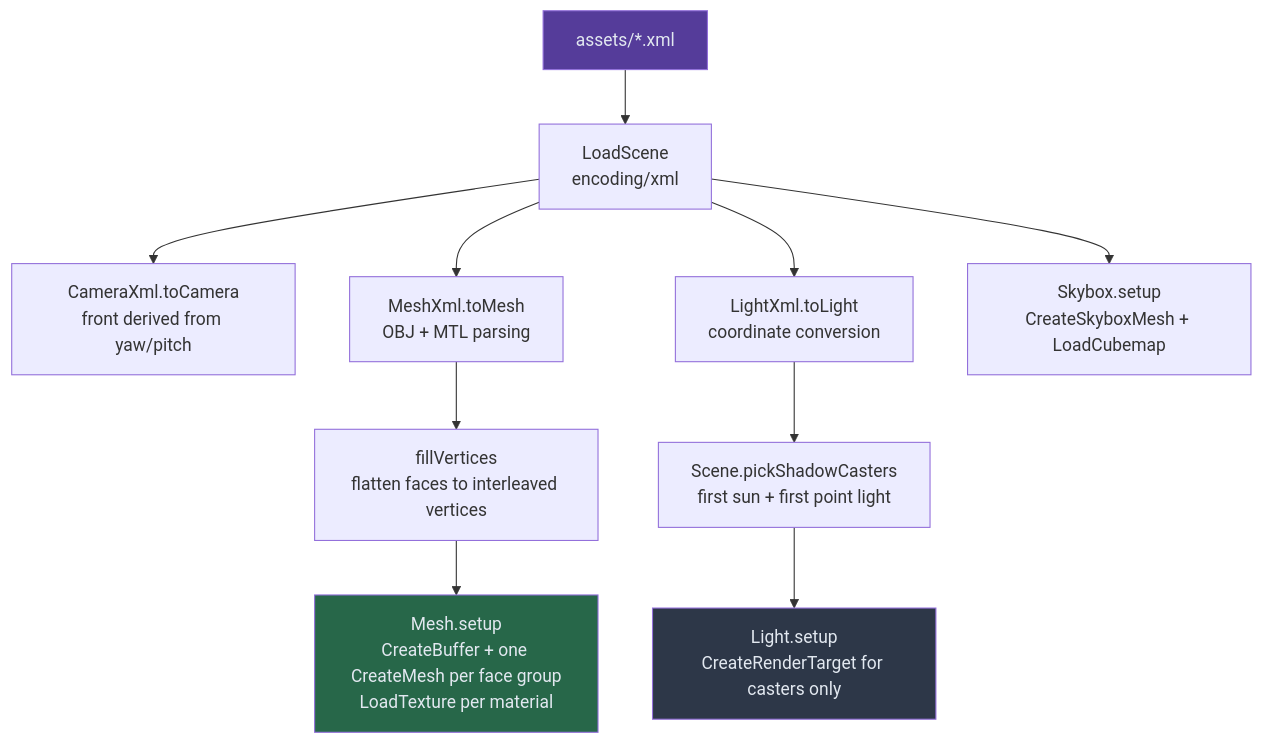
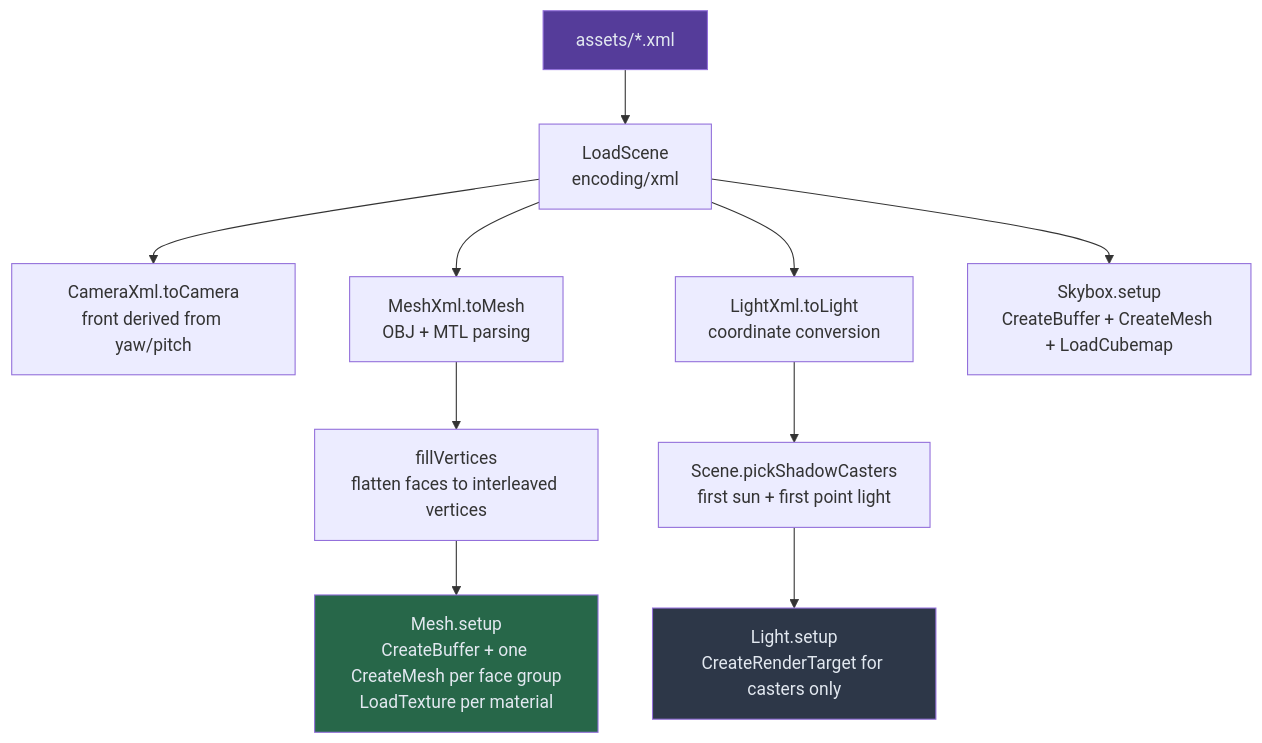
Before and after one commit to Zephyr75/overdrive: the second of 3 diagrams in notes/ARCHITECTURE.md, drawn with Mermaid. The commit also changed other lines of this file and 20 other files, not shown here.

````diff
--- a/notes/ARCHITECTURE.md
+++ b/notes/ARCHITECTURE.md
@@ -146,20 +146,20 @@
 ```mermaid
 flowchart TD
     X["assets/*.xml"] --> P["LoadScene<br/>encoding/xml"]
 
     P --> CA["CameraXml.toCamera<br/>front derived from yaw/pitch"]
     P --> ME["MeshXml.toMesh<br/>OBJ + MTL parsing"]
     P --> LI["LightXml.toLight<br/>coordinate conversion"]
 
     ME --> FV["fillVertices<br/>flatten faces to interleaved vertices"]
     FV --> SU["Mesh.setup<br/>CreateBuffer + one CreateMesh per face group<br/>LoadTexture per material"]
 
     LI --> PS["Scene.pickShadowCasters<br/>first sun + first point light"]
     PS --> LS["Light.setup<br/>CreateRenderTarget for casters only"]
 
-    P --> SK["Skybox.setup<br/>CreateSkyboxMesh + LoadCubemap"]
+    P --> SK["Skybox.setup<br/>CreateBuffer + CreateMesh + LoadCubemap"]
 
     style X fill:#553c9a,color:#e2e8f0
     style SU fill:#276749,color:#e2e8f0
     style LS fill:#2d3748,color:#e2e8f0
 ```
````
